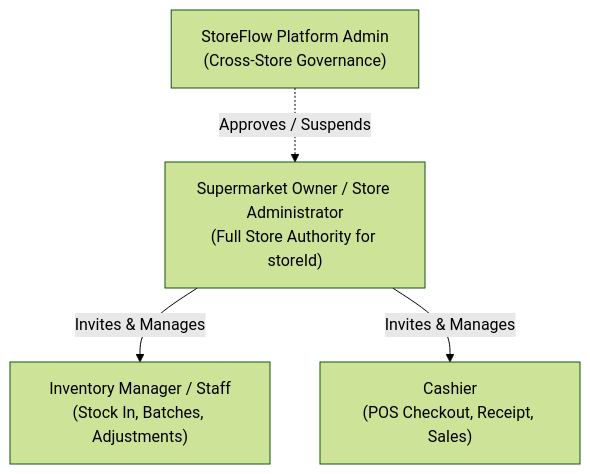
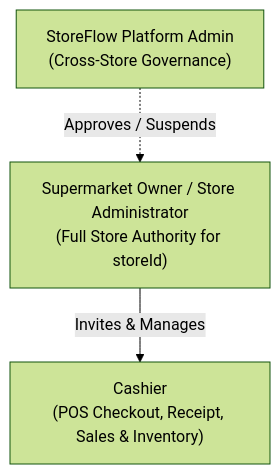
The second of 3 diagrams in docs/ARCHITECTURE.md (Sharmila07106/pos-system), drawn with Mermaid (forest theme) before and after one commit. The commit also changed other lines of this file and 24 other files, not shown here.

Commit message:
feat(roles): completely remove inventory manager role across frontend, backend and docs, and add migration script

````diff
--- a/docs/ARCHITECTURE.md
+++ b/docs/ARCHITECTURE.md
@@ -67,11 +65,9 @@
 ```mermaid
 graph TD
     PA["StoreFlow Platform Admin<br/>(Cross-Store Governance)"]
     SO["Supermarket Owner / Store Administrator<br/>(Full Store Authority for storeId)"]
-    IM["Inventory Manager / Staff<br/>(Stock In, Batches, Adjustments)"]
-    CS["Cashier<br/>(POS Checkout, Receipt, Sales)"]
+    CS["Cashier<br/>(POS Checkout, Receipt, Sales & Inventory)"]
 
     PA -.->|"Approves / Suspends"| SO
-    SO -->|"Invites & Manages"| IM
     SO -->|"Invites & Manages"| CS
 ```
````
